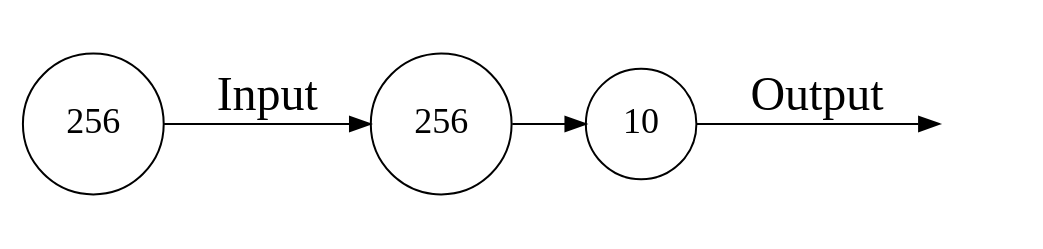
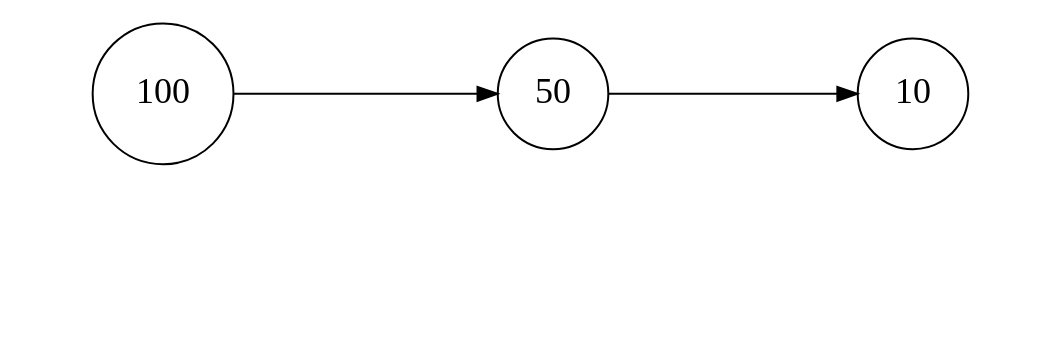
The diagram in report/chapters/volr/example3.dot (Jegp/thesis), drawn with Graphviz before and after one commit. The commit also changed 13 other files, not shown here.

```diff
--- a/report/chapters/volr/example3.dot
+++ b/report/chapters/volr/example3.dot
@@ -1,14 +1,13 @@
 digraph example3 {
     rankdir = "LR";
-    ratio=0.2;
+    ratio=0.3;
     graph [margin=0];
     edge [arrowsize=1, fontsize=24];
     node [shape=circle, width=0.07, fontsize=18];
 
-    s [label="256"]
+    s [label="", color="white"]
     o [color=white, label=" "]
-    s -> "256" [label="Input"]
-    "256" -> "10"
-    "10" -> o [label="Output"]
+    "100" -> "50"
+    "50" -> "10"
 
 }
```
